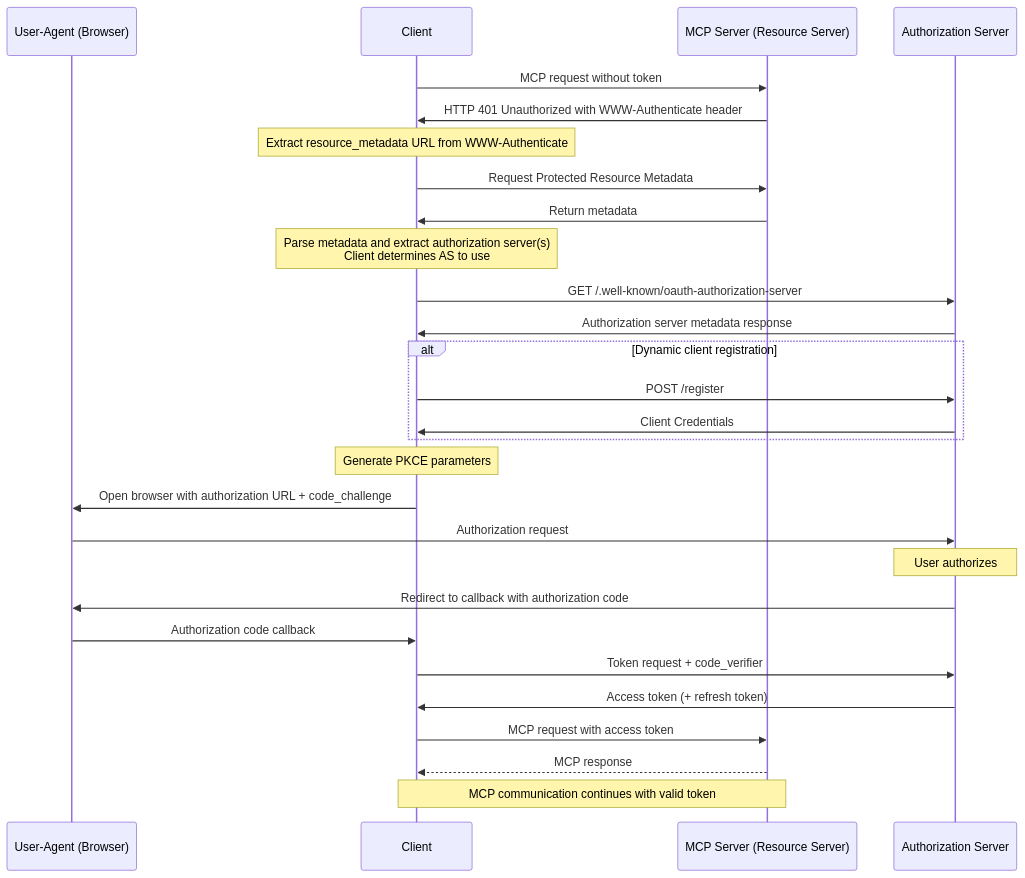
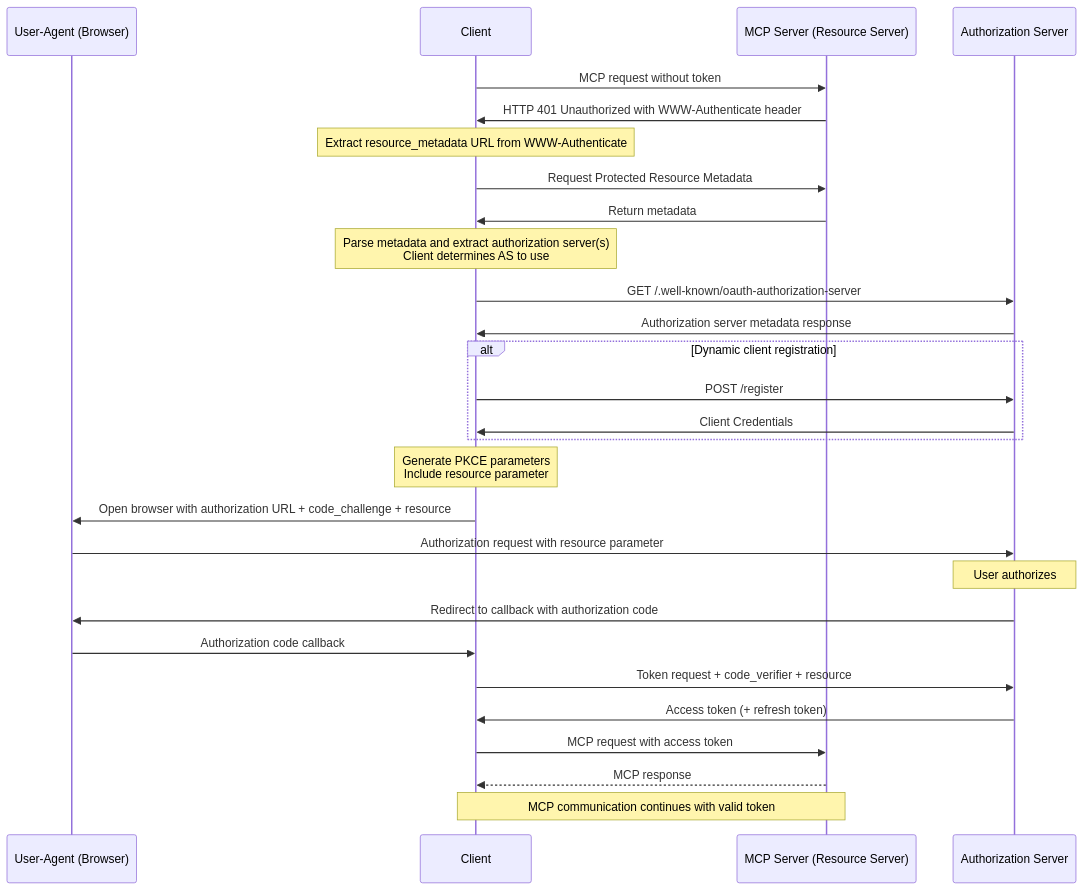
One commit to tobinsouth/modelcontextprotocol changed the second of 2 diagrams in docs/specification/draft/basic/authorization.mdx. Above: the diagram before and after it, drawn with Mermaid. The commit also changed other lines of this file, not shown here.

````diff
--- a/docs/specification/draft/basic/authorization.mdx
+++ b/docs/specification/draft/basic/authorization.mdx
@@ -157,36 +157,36 @@
 ```mermaid
 sequenceDiagram
     participant B as User-Agent (Browser)
     participant C as Client
     participant M as MCP Server (Resource Server)
     participant A as Authorization Server
 
     C->>M: MCP request without token
     M->>C: HTTP 401 Unauthorized with WWW-Authenticate header
     Note over C: Extract resource_metadata URL from WWW-Authenticate
 
     C->>M: Request Protected Resource Metadata
     M->>C: Return metadata
 
     Note over C: Parse metadata and extract authorization server(s)<br/>Client determines AS to use
 
     C->>A: GET /.well-known/oauth-authorization-server
     A->>C: Authorization server metadata response
 
     alt Dynamic client registration
         C->>A: POST /register
         A->>C: Client Credentials
     end
 
-    Note over C: Generate PKCE parameters
-    C->>B: Open browser with authorization URL + code_challenge
-    B->>A: Authorization request
+    Note over C: Generate PKCE parameters<br/>Include resource parameter
+    C->>B: Open browser with authorization URL + code_challenge + resource
+    B->>A: Authorization request with resource parameter
     Note over A: User authorizes
     A->>B: Redirect to callback with authorization code
     B->>C: Authorization code callback
-    C->>A: Token request + code_verifier
+    C->>A: Token request + code_verifier + resource
     A->>C: Access token (+ refresh token)
     C->>M: MCP request with access token
     M-->>C: MCP response
     Note over C,M: MCP communication continues with valid token
 ```
````
